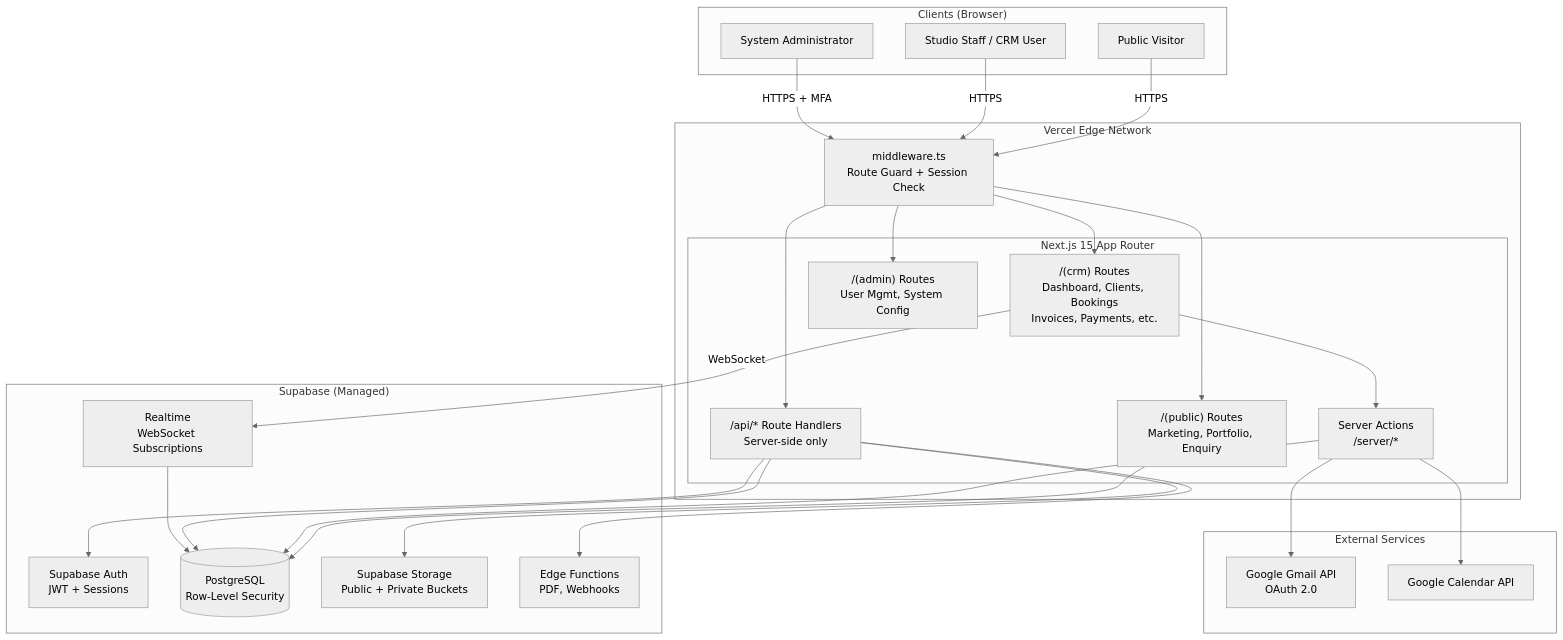
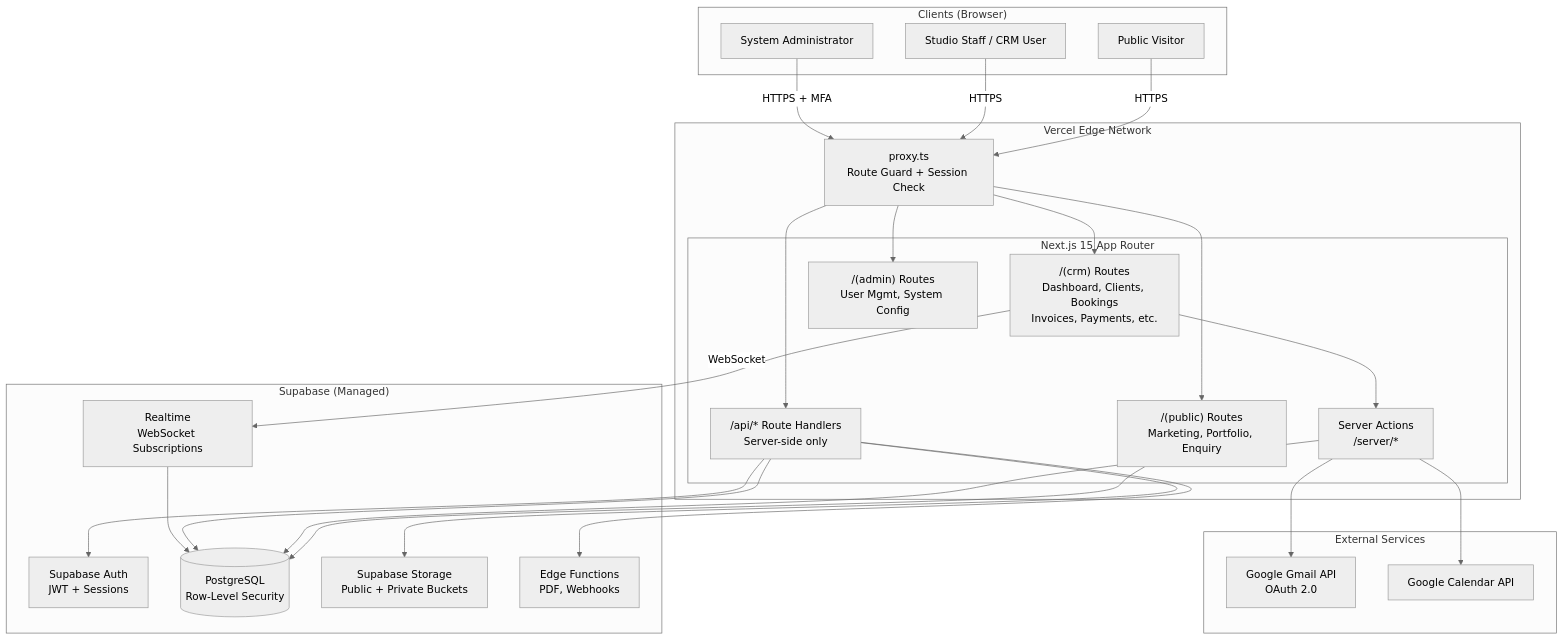
The first of 4 diagrams in docs/03_ARCHITECTURE.md (paisdanielaustin7/vows-studio), drawn with Mermaid (neutral theme) before and after one commit. The commit also changed other lines of this file and 10 other files, not shown here.

````diff
--- a/docs/03_ARCHITECTURE.md
+++ b/docs/03_ARCHITECTURE.md
@@ -31,55 +33,55 @@
 ```mermaid
 flowchart TD
     subgraph Clients["Clients (Browser)"]
         A1[Public Visitor]
         A2[Studio Staff / CRM User]
         A3[System Administrator]
     end
 
     subgraph Vercel["Vercel Edge Network"]
-        MW[middleware.ts\nRoute Guard + Session Check]
+        MW[proxy.ts\nRoute Guard + Session Check]
         subgraph NextApp["Next.js 15 App Router"]
             PUB["/(public) Routes\nMarketing, Portfolio, Enquiry"]
             CRM["/(crm) Routes\nDashboard, Clients, Bookings\nInvoices, Payments, etc."]
             ADM["/(admin) Routes\nUser Mgmt, System Config"]
             API["/api/* Route Handlers\nServer-side only"]
             SA["Server Actions\n/server/*"]
         end
     end
 
     subgraph Supabase["Supabase (Managed)"]
         AUTH[Supabase Auth\nJWT + Sessions]
         DB[(PostgreSQL\nRow-Level Security)]
         STOR[Supabase Storage\nPublic + Private Buckets]
         RT[Realtime\nWebSocket Subscriptions]
         EF[Edge Functions\nPDF, Webhooks]
     end
 
     subgraph External["External Services"]
         GMAIL[Google Gmail API\nOAuth 2.0]
         GCAL[Google Calendar API]
     end
 
     A1 -->|HTTPS| MW
     A2 -->|HTTPS| MW
     A3 -->|HTTPS + MFA| MW
 
     MW --> PUB
     MW --> CRM
     MW --> ADM
     MW --> API
 
     PUB --> DB
     CRM --> SA
     SA --> DB
     API --> AUTH
     API --> DB
     API --> STOR
     API --> EF
 
     CRM -->|WebSocket| RT
     RT --> DB
 
     SA --> GMAIL
     SA --> GCAL
 ```
````
